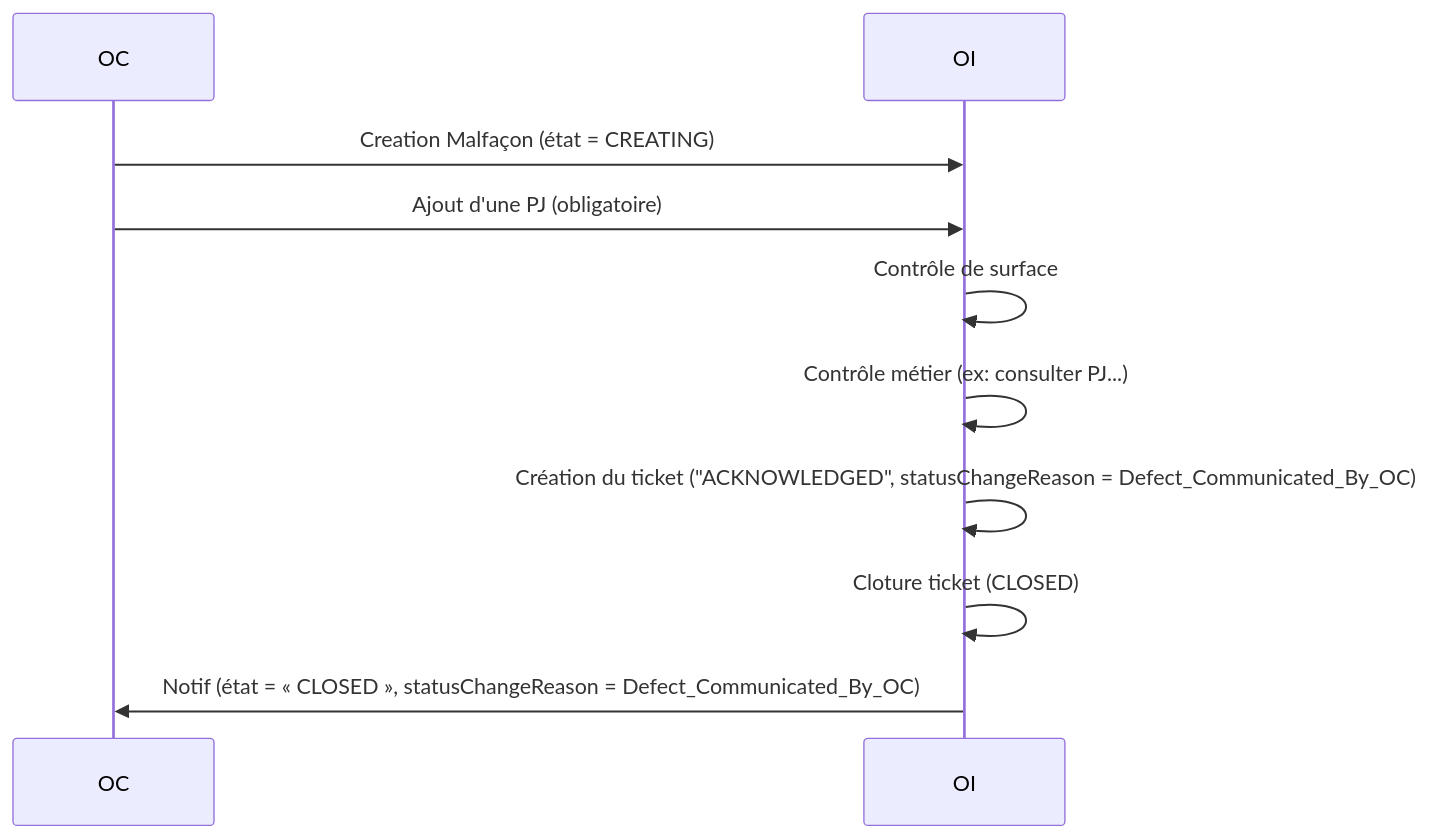
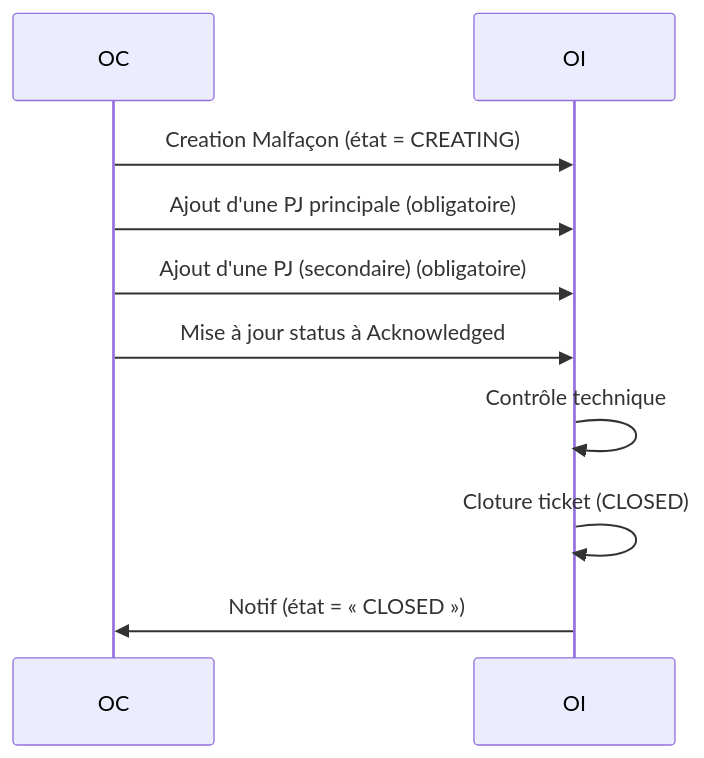
One commit to before-interop/malfacon changed diagram 12 of 12 in README.md. Above: the diagram before and after it, drawn with Mermaid.

````diff
--- a/README.md
+++ b/README.md
@@ -680,14 +680,14 @@
 ```mermaid
 sequenceDiagram
 
   participant OC
   participant OI
 
   OC->>OI: Creation Malfaçon (état = CREATING)
-  OC->>OI: Ajout d'une PJ (obligatoire)
-  OI->>OI: Contrôle de surface
-  OI->>OI: Contrôle métier (ex: consulter PJ...)
-  OI->>OI: Création du ticket ("ACKNOWLEDGED", statusChangeReason = Defect_Communicated_By_OC)
+  OC->>OI: Ajout d'une PJ principale (obligatoire)
+  OC->>OI: Ajout d'une PJ (secondaire) (obligatoire)
+  OC->>OI: Mise à jour status à Acknowledged
+  OI->>OI: Contrôle technique 
   OI->>OI: Cloture ticket (CLOSED)
-  OI->>OC: Notif (état = « CLOSED », statusChangeReason = Defect_Communicated_By_OC)
+  OI->>OC: Notif (état = « CLOSED »)
 ```
````
